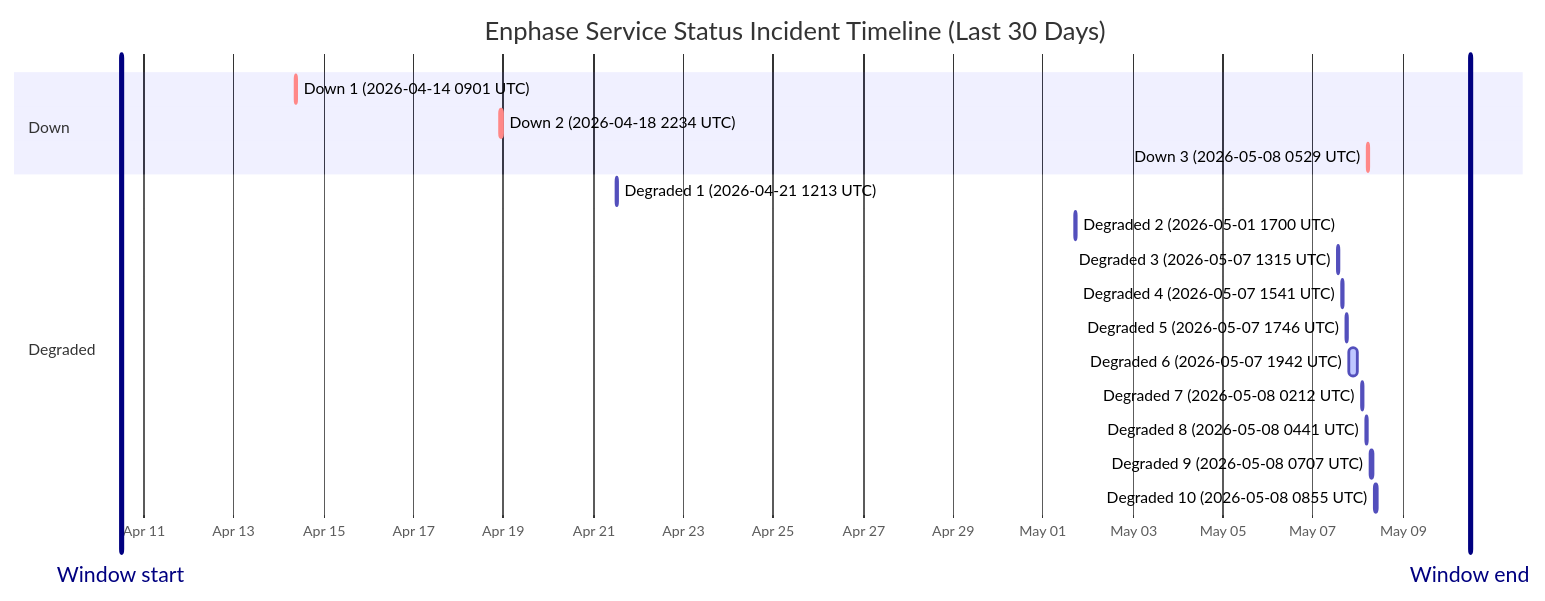
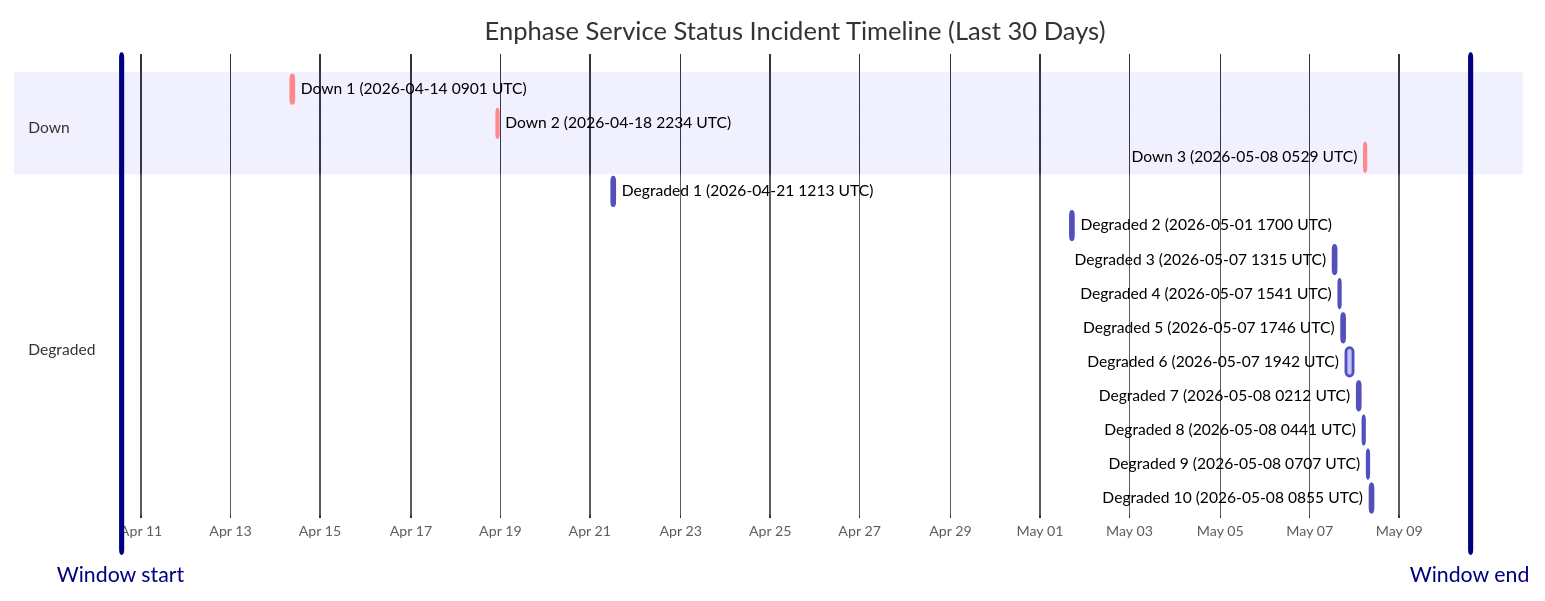
Before and after one commit to barneyonline/ha-enphase-ev-charger: the diagram in wiki/Service-Status-History.md, drawn with Mermaid. The commit also changed other lines of this file and 3 other files, not shown here.

````diff
--- a/wiki/Service-Status-History.md
+++ b/wiki/Service-Status-History.md
@@ -14,23 +14,23 @@
 ```mermaid
 gantt
     title Enphase Service Status Incident Timeline (Last 30 Days)
     dateFormat  YYYY-MM-DDTHH:mm:ss
     axisFormat  %b %d
-    Window start :vert, window-start, 2026-04-10T11:58:24, 0ms
-    Window end :vert, window-end, 2026-05-10T11:58:24, 0ms
+    Window start :vert, window-start, 2026-04-10T13:46:00, 0ms
+    Window end :vert, window-end, 2026-05-10T13:46:00, 0ms
     section Down
     Down 1 (2026-04-14 0901 UTC) :crit, down-1, 2026-04-14T09:01:13, 60m
     Down 2 (2026-04-18 2234 UTC) :crit, down-2, 2026-04-18T22:34:13, 60m
     Down 3 (2026-05-08 0529 UTC) :crit, down-3, 2026-05-08T05:29:47, 60m
     section Degraded
     Degraded 1 (2026-04-21 1213 UTC) :active, degraded-1, 2026-04-21T12:13:11, 60m
     Degraded 2 (2026-05-01 1700 UTC) :active, degraded-2, 2026-05-01T17:00:22, 60m
     Degraded 3 (2026-05-07 1315 UTC) :active, degraded-3, 2026-05-07T13:15:25, 60m
     Degraded 4 (2026-05-07 1541 UTC) :active, degraded-4, 2026-05-07T15:41:58, 60m
     Degraded 5 (2026-05-07 1746 UTC) :active, degraded-5, 2026-05-07T17:46:51, 60m
     Degraded 6 (2026-05-07 1942 UTC) :active, degraded-6, 2026-05-07T19:42:10, 249m
     Degraded 7 (2026-05-08 0212 UTC) :active, degraded-7, 2026-05-08T02:12:39, 60m
     Degraded 8 (2026-05-08 0441 UTC) :active, degraded-8, 2026-05-08T04:41:46, 60m
     Degraded 9 (2026-05-08 0707 UTC) :active, degraded-9, 2026-05-08T07:07:30, 60m
     Degraded 10 (2026-05-08 0855 UTC) :active, degraded-10, 2026-05-08T08:55:20, 88m
 ```
````
